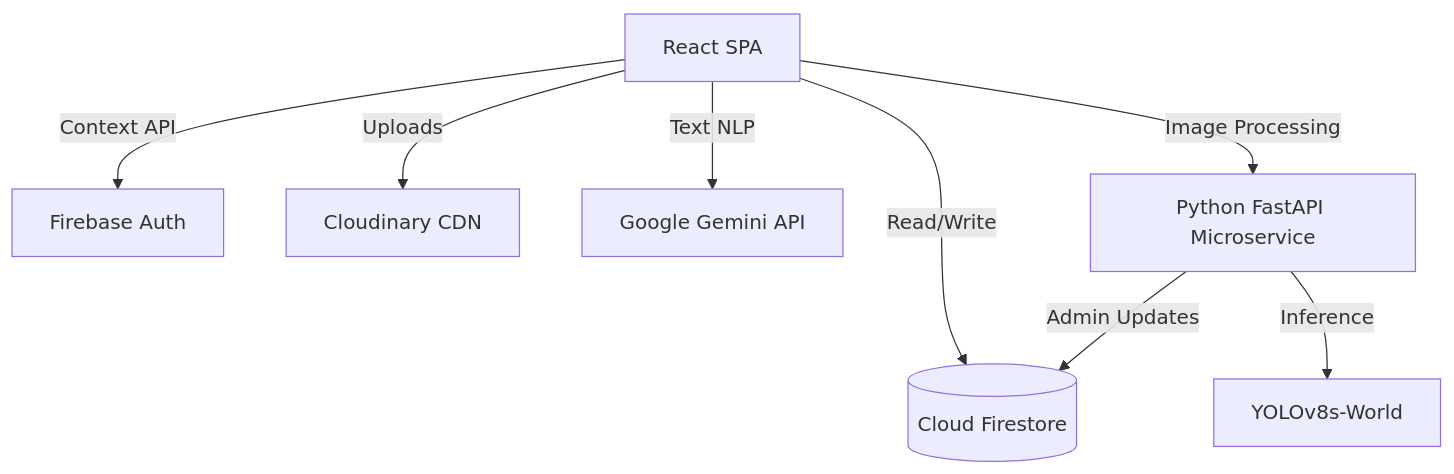
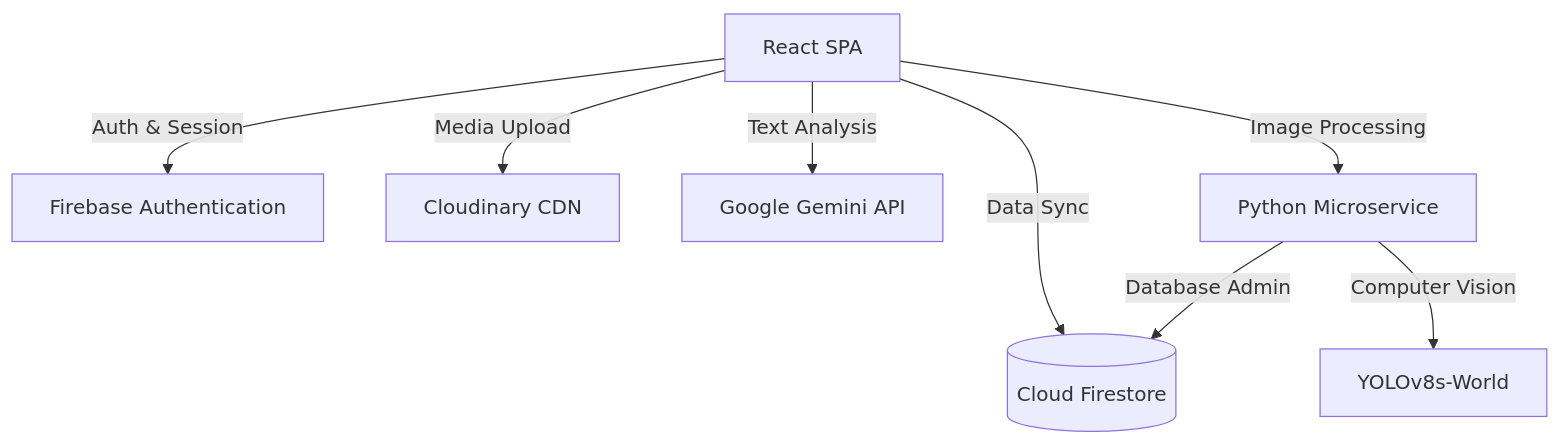
Before and after one commit to omwattamwar/civicpulse-smart-civic-platform: the first of 2 diagrams in README.md, drawn with Mermaid. The commit also changed other lines of this file, not shown here.

````diff
--- a/README.md
+++ b/README.md
@@ -61,10 +37,11 @@
 ```mermaid
 graph TD
-    Client[React SPA] -->|Context API| Auth[Firebase Auth]
-    Client -->|Read/Write| DB[(Cloud Firestore)]
-    Client -->|Uploads| Cloudinary[Cloudinary CDN]
-    Client -->|Text NLP| Gemini[Google Gemini API]
-    Client -->|Image Processing| FastAPI[Python FastAPI Microservice]
-    FastAPI -->|Inference| YOLO[YOLOv8s-World]
-    FastAPI -->|Admin Updates| DB
+    Client[React SPA] -->|Auth & Session| Firebase_Auth[Firebase Authentication]
+    Client -->|Data Sync| Firestore[(Cloud Firestore)]
+    Client -->|Media Upload| CDN[Cloudinary CDN]
+    Client -->|Text Analysis| Gemini[Google Gemini API]
+    Client -->|Image Processing| FastAPI[Python Microservice]
+    
+    FastAPI -->|Computer Vision| YOLO[YOLOv8s-World]
+    FastAPI -->|Database Admin| Firestore
 ```
````
